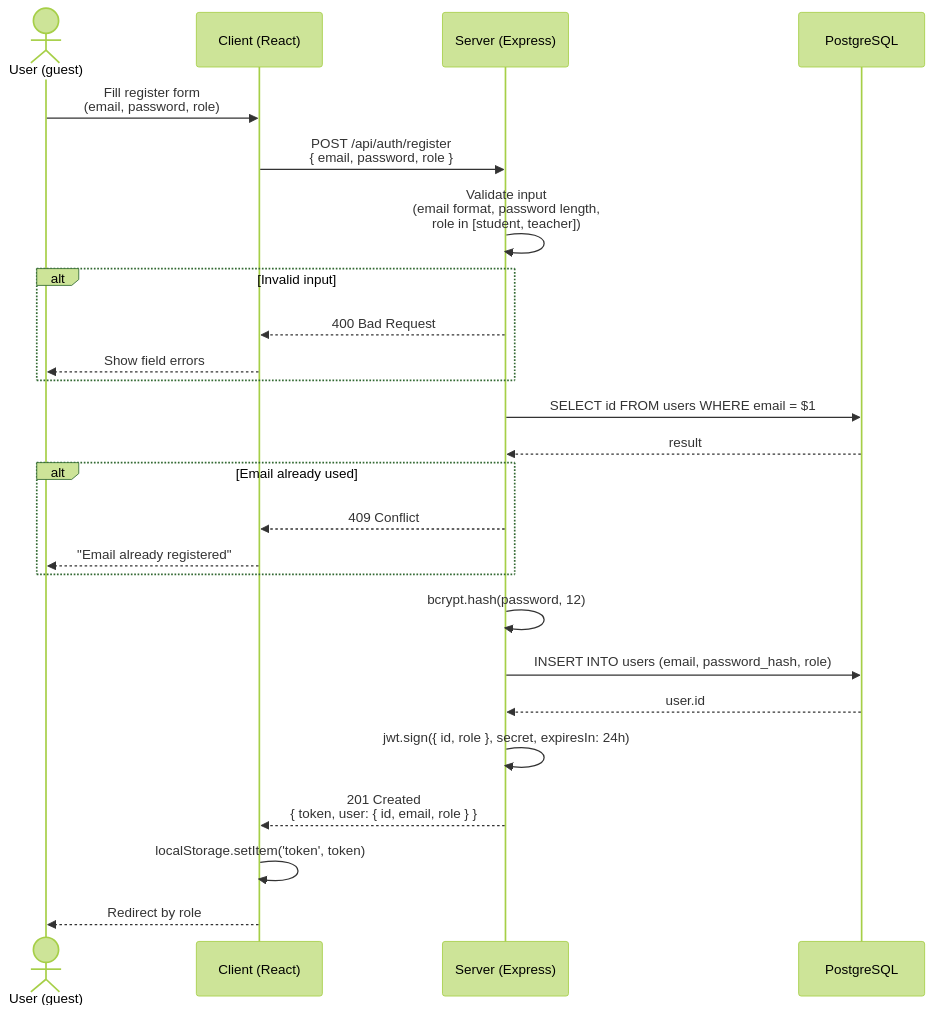
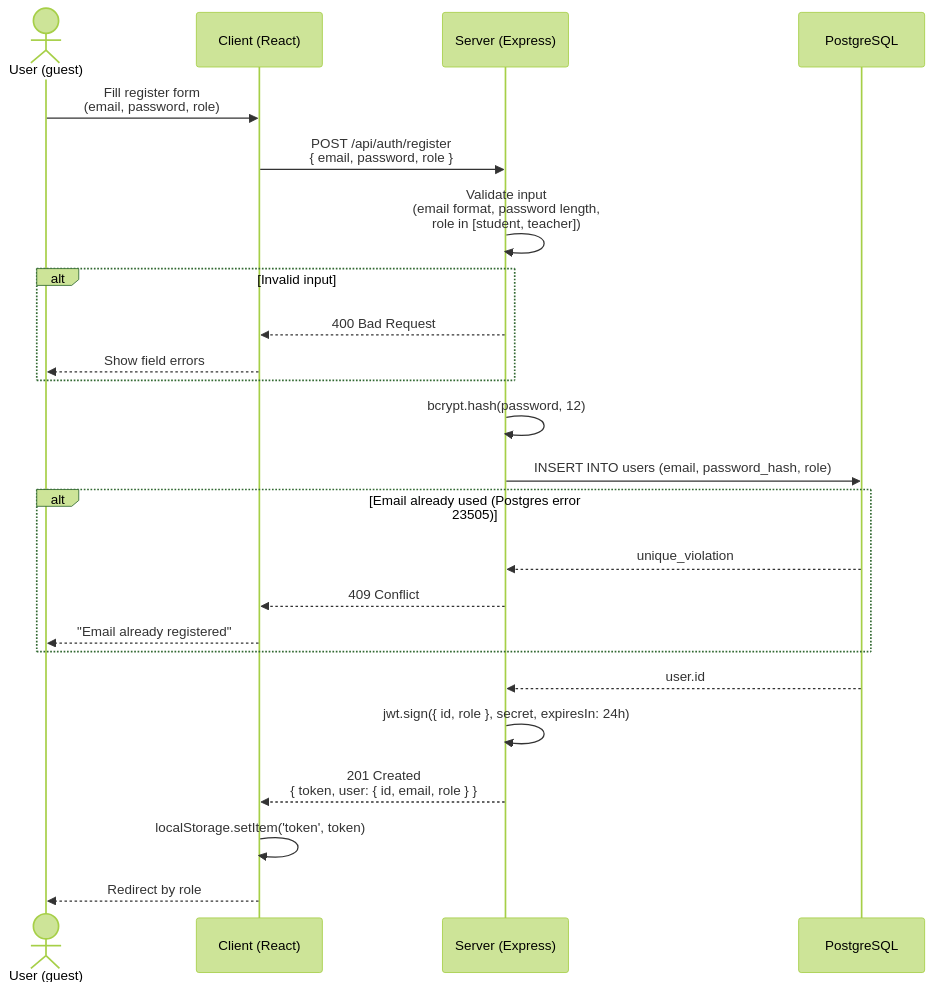
The first of 3 diagrams in AUTH_DESIGN.md (Calope-b/codequest), drawn with Mermaid (forest theme) before and after one commit. The commit also changed other lines of this file and 1 other file, not shown here.

````diff
--- a/AUTH_DESIGN.md
+++ b/AUTH_DESIGN.md
@@ -27,33 +28,31 @@
 ```mermaid
 sequenceDiagram
     actor U as User (guest)
     participant C as Client (React)
     participant S as Server (Express)
     participant DB as PostgreSQL
 
     U->>C: Fill register form<br/>(email, password, role)
     C->>S: POST /api/auth/register<br/>{ email, password, role }
 
     S->>S: Validate input<br/>(email format, password length,<br/>role in [student, teacher])
     alt Invalid input
         S-->>C: 400 Bad Request
         C-->>U: Show field errors
     end
 
-    S->>DB: SELECT id FROM users WHERE email = $1
-    DB-->>S: result
-    alt Email already used
+    S->>S: bcrypt.hash(password, 12)
+    S->>DB: INSERT INTO users (email, password_hash, role)
+    alt Email already used (Postgres error 23505)
+        DB-->>S: unique_violation
         S-->>C: 409 Conflict
         C-->>U: "Email already registered"
     end
-
-    S->>S: bcrypt.hash(password, 12)
-    S->>DB: INSERT INTO users (email, password_hash, role)
     DB-->>S: user.id
 
     S->>S: jwt.sign({ id, role }, secret, expiresIn: 24h)
     S-->>C: 201 Created<br/>{ token, user: { id, email, role } }
 
     C->>C: localStorage.setItem('token', token)
     C-->>U: Redirect by role
 ```
````
